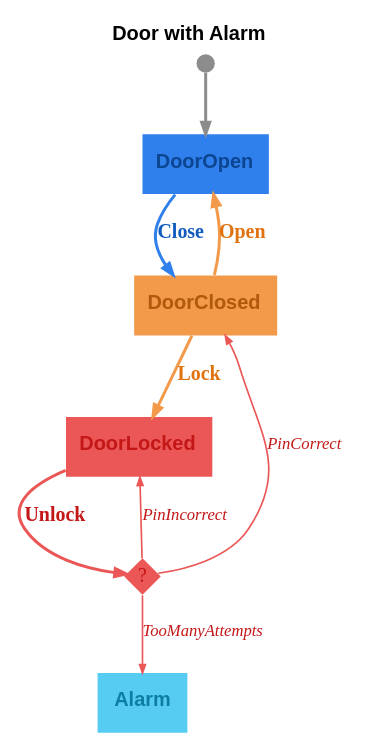
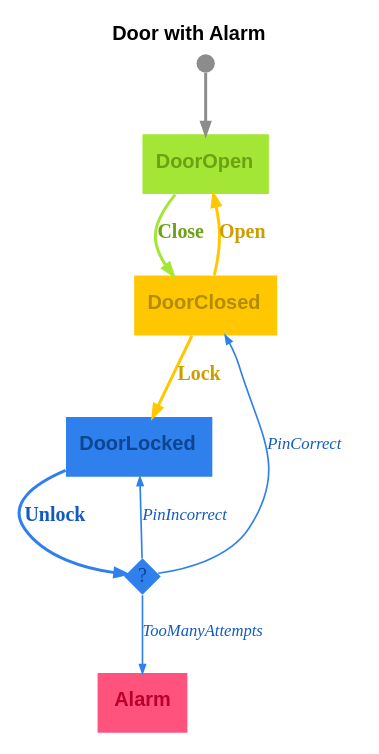
Before and after one commit to m-bock/purescript-transit: the diagram in graphs/door-with-alarm.dot, drawn with Graphviz. The commit also changed 17 other files, not shown here.

```diff
--- a/graphs/door-with-alarm.dot
+++ b/graphs/door-with-alarm.dot
@@ -1,18 +1,18 @@
 digraph 
 {
 rankdir = "TD";fontname = "Arial";label = <<b>Door with Alarm</b>>;labelloc = "t";fontsize = 12;bgcolor = "#ffffff"
-DoorOpen [shape = "box", label = <<b>DoorOpen</b>>, fontsize = 12, style = "filled", fillcolor = "#2f80ed", fontcolor = "#0c4590", fontname = "Arial", labelloc = "c", penwidth = 0.0]
+DoorOpen [shape = "box", label = <<b>DoorOpen</b>>, fontsize = 12, style = "filled", fillcolor = "#a3e635", fontcolor = "#6ca114", fontname = "Arial", labelloc = "c", penwidth = 0.0]
 __Start__ [shape = "circle", label = "", width = 0.15, height = 0.15, fixedsize = true, style = "filled", fillcolor = "#8c8c8c", penwidth = 0.0]
 __Start__ -> DoorOpen [color = "#8c8c8c", fontsize = 12, arrowsize = "0.7", penwidth = 1.8]
-DoorOpen -> DoorClosed [color = "#2f80ed", fontcolor = "#115bbf", fontsize = 12, arrowsize = "0.7", label = <<b>Close</b>>, penwidth = 1.8]
-DoorClosed [shape = "box", label = <<b>DoorClosed</b>>, fontsize = 12, style = "filled", fillcolor = "#f2994a", fontcolor = "#b0590d", fontname = "Arial", labelloc = "c", penwidth = 0.0]
-DoorClosed -> DoorOpen [color = "#f2994a", fontcolor = "#e07210", fontsize = 12, arrowsize = "0.7", label = <<b>Open</b>>, penwidth = 1.8]
-DoorClosed -> DoorLocked [color = "#f2994a", fontcolor = "#e07210", fontsize = 12, arrowsize = "0.7", label = <<b>Lock</b>>, penwidth = 1.8]
-DoorLocked [shape = "box", label = <<b>DoorLocked</b>>, fontsize = 12, style = "filled", fillcolor = "#eb5757", fontcolor = "#c41717", fontname = "Arial", labelloc = "c", penwidth = 0.0]
-decision_DoorLocked_Unlock [shape = "diamond", label = "?", fontsize = 12, fontcolor = "#c41717", style = "filled", fillcolor = "#eb5757", penwidth = 0.0, fixedsize = true, width = 0.3, height = 0.3]
-DoorLocked -> decision_DoorLocked_Unlock [color = "#eb5757", fontcolor = "#c41717", fontsize = 12, arrowsize = "0.7", label = <<b>Unlock</b>>, penwidth = 1.8]
-decision_DoorLocked_Unlock -> Alarm [color = "#eb5757", fontcolor = "#c41717", fontsize = 10, arrowsize = "0.5", label = <<i>TooManyAttempts</i>>, penwidth = 1.8, penwidth = 1.0]
-decision_DoorLocked_Unlock -> DoorLocked [color = "#eb5757", fontcolor = "#c41717", fontsize = 10, arrowsize = "0.5", label = <<i>PinIncorrect</i>>, penwidth = 1.8, penwidth = 1.0]
-decision_DoorLocked_Unlock -> DoorClosed [color = "#eb5757", fontcolor = "#c41717", fontsize = 10, arrowsize = "0.5", label = <<i>PinCorrect</i>>, penwidth = 1.8, penwidth = 1.0]
-Alarm [shape = "box", label = <<b>Alarm</b>>, fontsize = 12, style = "filled", fillcolor = "#56ccf2", fontcolor = "#0d7ea2", fontname = "Arial", labelloc = "c", penwidth = 0.0]
+DoorOpen -> DoorClosed [color = "#a3e635", fontcolor = "#6ca114", fontsize = 12, arrowsize = "0.7", label = <<b>Close</b>>, penwidth = 1.8]
+DoorClosed [shape = "box", label = <<b>DoorClosed</b>>, fontsize = 12, style = "filled", fillcolor = "#ffc700", fontcolor = "#b38b00", fontname = "Arial", labelloc = "c", penwidth = 0.0]
+DoorClosed -> DoorOpen [color = "#ffc700", fontcolor = "#cc9f00", fontsize = 12, arrowsize = "0.7", label = <<b>Open</b>>, penwidth = 1.8]
+DoorClosed -> DoorLocked [color = "#ffc700", fontcolor = "#cc9f00", fontsize = 12, arrowsize = "0.7", label = <<b>Lock</b>>, penwidth = 1.8]
+DoorLocked [shape = "box", label = <<b>DoorLocked</b>>, fontsize = 12, style = "filled", fillcolor = "#2f80ed", fontcolor = "#0c4590", fontname = "Arial", labelloc = "c", penwidth = 0.0]
+decision_DoorLocked_Unlock [shape = "diamond", label = "?", fontsize = 12, fontcolor = "#0c4590", style = "filled", fillcolor = "#2f80ed", penwidth = 0.0, fixedsize = true, width = 0.3, height = 0.3]
+DoorLocked -> decision_DoorLocked_Unlock [color = "#2f80ed", fontcolor = "#115bbf", fontsize = 12, arrowsize = "0.7", label = <<b>Unlock</b>>, penwidth = 1.8]
+decision_DoorLocked_Unlock -> Alarm [color = "#2f80ed", fontcolor = "#115bbf", fontsize = 10, arrowsize = "0.5", label = <<i>TooManyAttempts</i>>, penwidth = 1.8, penwidth = 1.0]
+decision_DoorLocked_Unlock -> DoorLocked [color = "#2f80ed", fontcolor = "#115bbf", fontsize = 10, arrowsize = "0.5", label = <<i>PinIncorrect</i>>, penwidth = 1.8, penwidth = 1.0]
+decision_DoorLocked_Unlock -> DoorClosed [color = "#2f80ed", fontcolor = "#115bbf", fontsize = 10, arrowsize = "0.5", label = <<i>PinCorrect</i>>, penwidth = 1.8, penwidth = 1.0]
+Alarm [shape = "box", label = <<b>Alarm</b>>, fontsize = 12, style = "filled", fillcolor = "#ff527c", fontcolor = "#b8002c", fontname = "Arial", labelloc = "c", penwidth = 0.0]
 }
```
